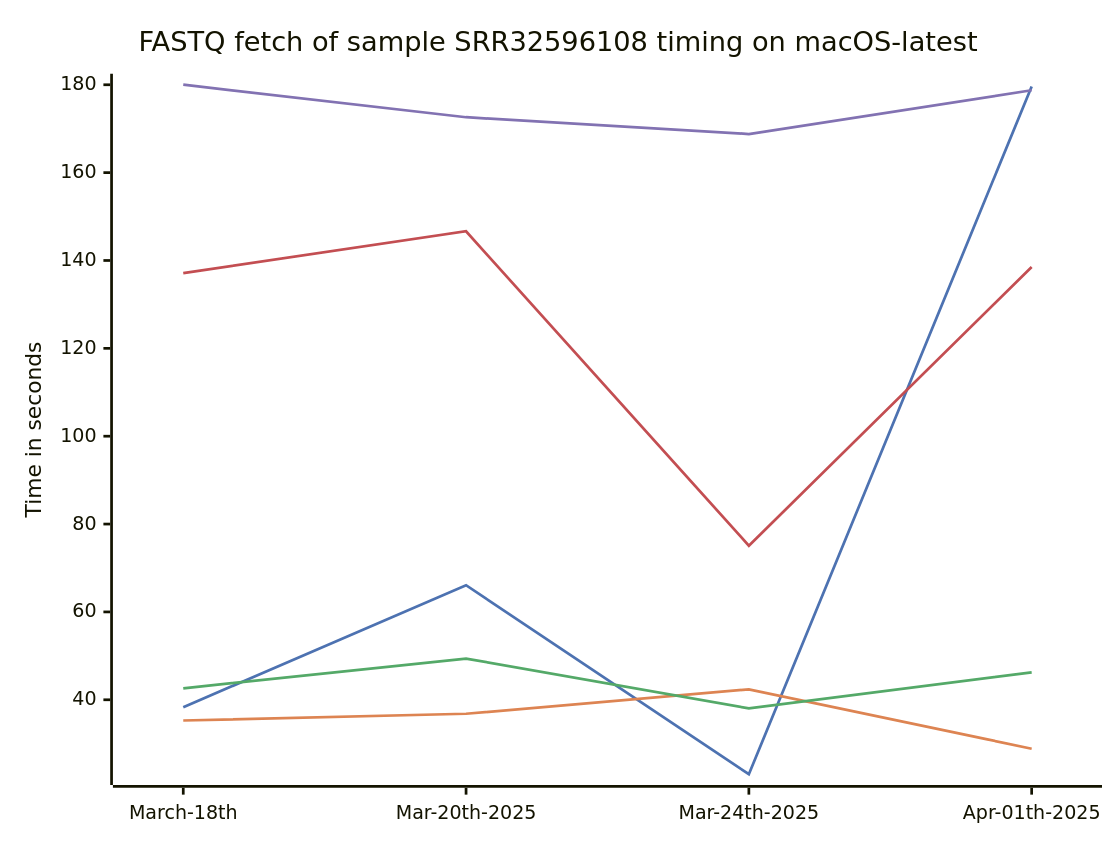
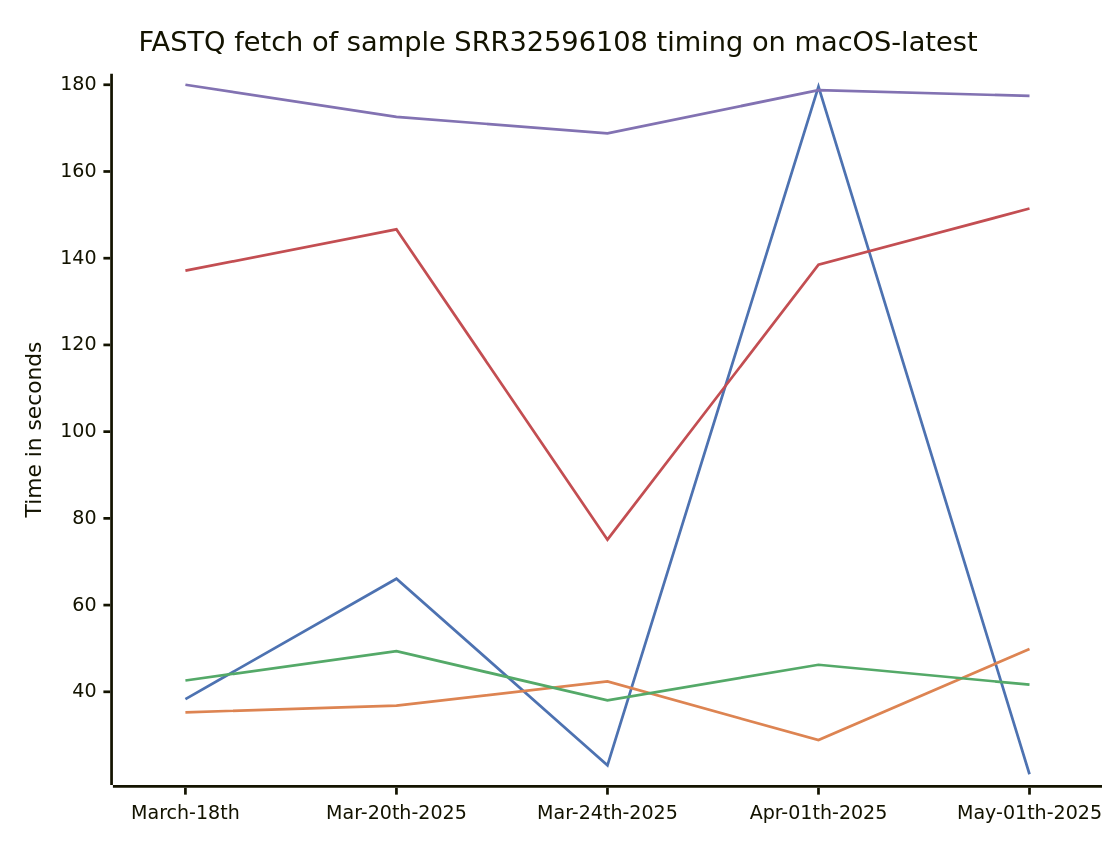
The diagram in README.md (biermanr/Download_SRA_FASTQ_Benchmarks), drawn with Mermaid before and after one commit. The commit also changed other lines of this file, not shown here.

Commit message:
Updated timings in README

````diff
--- a/README.md
+++ b/README.md
@@ -12,20 +12,20 @@
 ```mermaid
 ---
 config:
     xyChart:
         width: 800
         height: 600
     themeVariables:
         xyChart:
             plotColorPalette: "#4d72b1,#dd8452,#54a968,#c34e52,#8272b2"
 ---
 xychart-beta
     title "FASTQ fetch of sample SRR32596108 timing on macOS-latest"
-    x-axis [ March-18th, Mar-20th-2025, Mar-24th-2025, Apr-01th-2025 ]
+    x-axis [ March-18th, Mar-20th-2025, Mar-24th-2025, Apr-01th-2025, May-01th-2025 ]
     y-axis "Time in seconds"
-    line "aria2c_EBI_data" [ 38.31, 66.08, 23.05, 179.59 ]
-    line "prefetch_fasterq-dump_data" [ 35.28, 36.82, 42.38, 28.86 ]
-    line "aws_fasterq-dump_data" [ 42.61, 49.37, 38.05, 46.24 ]
-    line "fasterq-dump_only_data" [ 137.12, 146.65, 75.08, 138.50 ]
-    line "fastq-dump_only_data" [ 180.01, 172.61, 168.79, 178.75 ]
+    line "aria2c_EBI_data" [ 38.31, 66.08, 23.05, 179.59, 20.99 ]
+    line "prefetch_fasterq-dump_data" [ 35.28, 36.82, 42.38, 28.86, 49.89 ]
+    line "aws_fasterq-dump_data" [ 42.61, 49.37, 38.05, 46.24, 41.65 ]
+    line "fasterq-dump_only_data" [ 137.12, 146.65, 75.08, 138.50, 151.45 ]
+    line "fastq-dump_only_data" [ 180.01, 172.61, 168.79, 178.75, 177.43 ]
  ```
````
